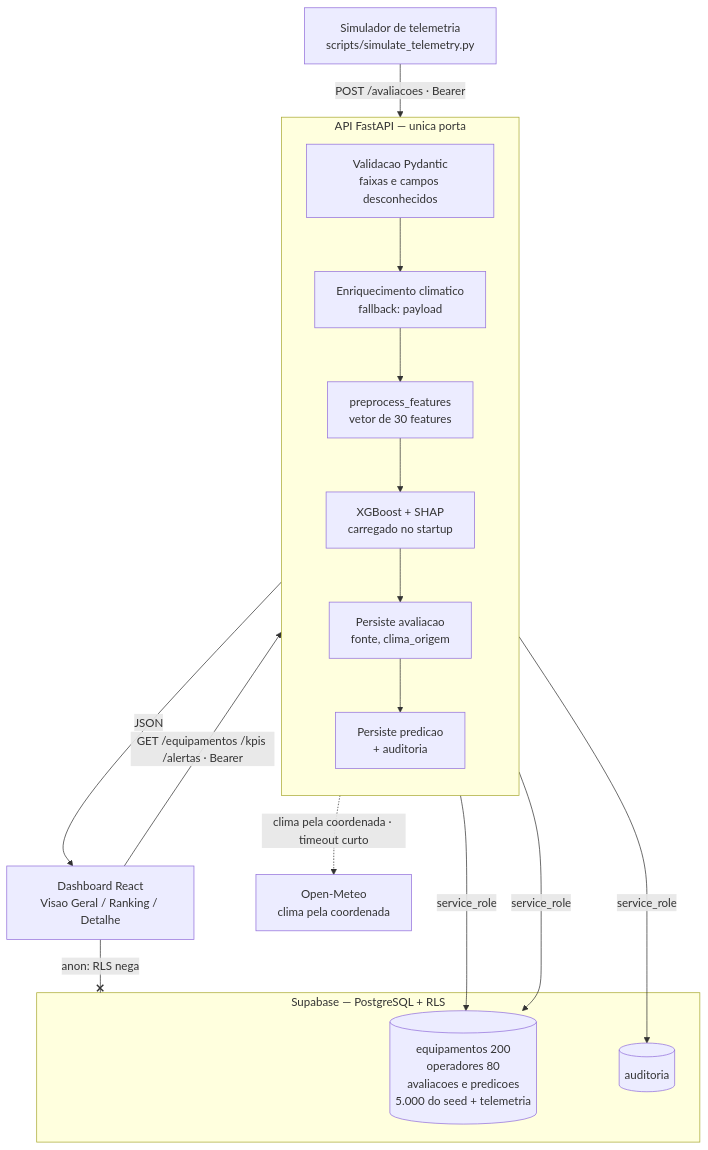
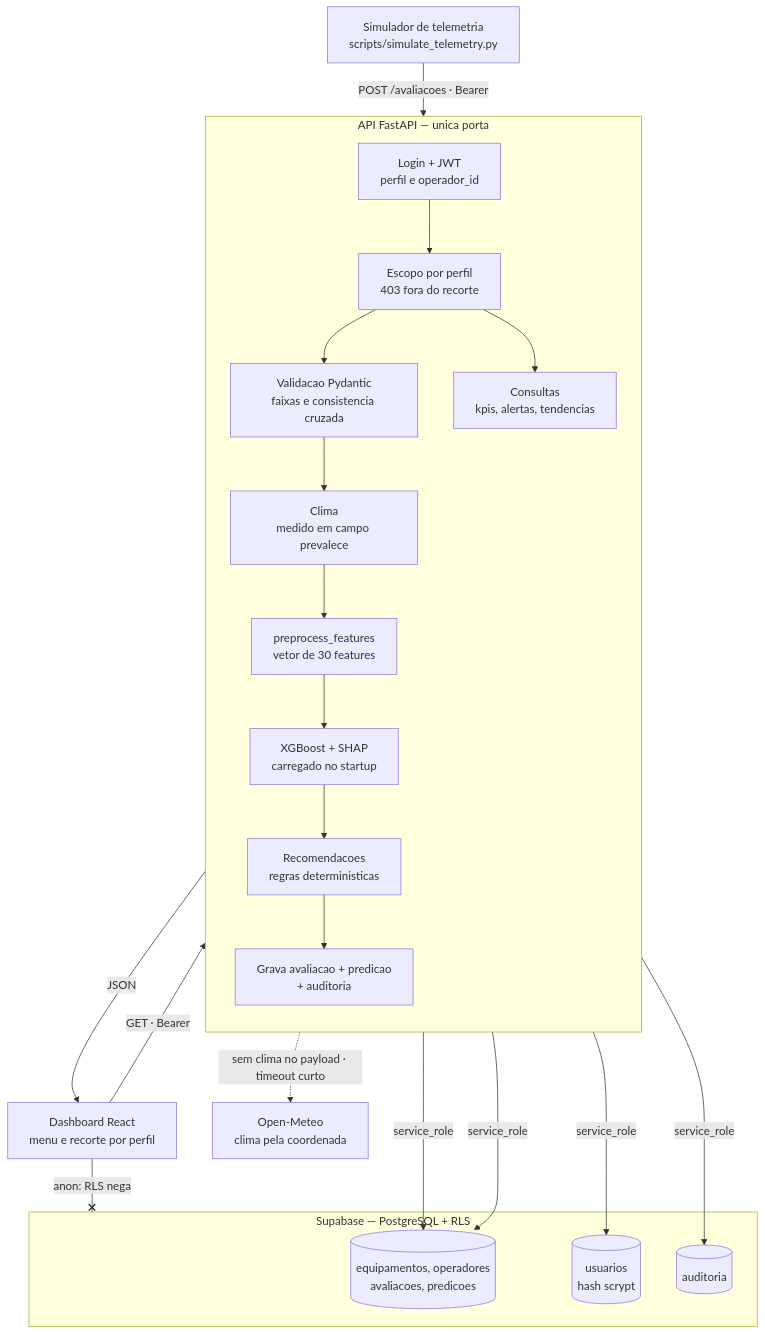
One commit to Avila237/sompo changed the diagram in README.md. Above: the diagram before and after it, drawn with Mermaid. The commit also changed other lines of this file and 1 other file, not shown here.

````diff
--- a/README.md
+++ b/README.md
@@ -377,31 +445,38 @@
 ```mermaid
 flowchart TB
     SIM["Simulador de telemetria<br/>scripts/simulate_telemetry.py"]
-    DASH["Dashboard React<br/>Visao Geral / Ranking / Detalhe"]
+    DASH["Dashboard React<br/>menu e recorte por perfil"]
     METEO["Open-Meteo<br/>clima pela coordenada"]
 
     subgraph API["API FastAPI — unica porta"]
         direction TB
-        VAL["Validacao Pydantic<br/>faixas e campos desconhecidos"]
-        ENR["Enriquecimento climatico<br/>fallback: payload"]
+        AUTH["Login + JWT<br/>perfil e operador_id"]
+        ESC["Escopo por perfil<br/>403 fora do recorte"]
+        VAL["Validacao Pydantic<br/>faixas e consistencia cruzada"]
+        ENR["Clima<br/>medido em campo prevalece"]
         PRE["preprocess_features<br/>vetor de 30 features"]
         MOD["XGBoost + SHAP<br/>carregado no startup"]
-        PERSA["Persiste avaliacao<br/>fonte, clima_origem"]
-        PERSP["Persiste predicao<br/>+ auditoria"]
-        VAL --> ENR --> PRE --> MOD --> PERSA --> PERSP
+        REC["Recomendacoes<br/>regras deterministicas"]
+        PERS["Grava avaliacao + predicao<br/>+ auditoria"]
+        CON["Consultas<br/>kpis, alertas, tendencias"]
+        AUTH --> ESC
+        ESC --> VAL --> ENR --> PRE --> MOD --> REC --> PERS
+        ESC --> CON
     end
 
     subgraph DB["Supabase — PostgreSQL + RLS"]
-        TAB[("equipamentos 200<br/>operadores 80<br/>avaliacoes e predicoes<br/>5.000 do seed + telemetria")]
+        TAB[("equipamentos, operadores<br/>avaliacoes, predicoes")]
+        USR[("usuarios<br/>hash scrypt")]
         AUD[("auditoria")]
     end
 
-    SIM -->|"POST /avaliacoes · Bearer"| VAL
-    DASH -->|"GET /equipamentos /kpis /alertas · Bearer"| API
-    API -->|JSON| DASH
-    ENR -.->|"clima pela coordenada · timeout curto"| METEO
-    PERSA -->|service_role| TAB
-    PERSP -->|service_role| TAB
-    PERSP -->|service_role| AUD
+    SIM -->|"POST /avaliacoes · Bearer"| AUTH
+    DASH -->|"GET · Bearer"| AUTH
+    CON -->|JSON| DASH
+    ENR -.->|"sem clima no payload · timeout curto"| METEO
+    AUTH -->|service_role| USR
+    PERS -->|service_role| TAB
+    PERS -->|service_role| AUD
+    CON -->|service_role| TAB
     DASH --x|"anon: RLS nega"| DB
 ```
````
